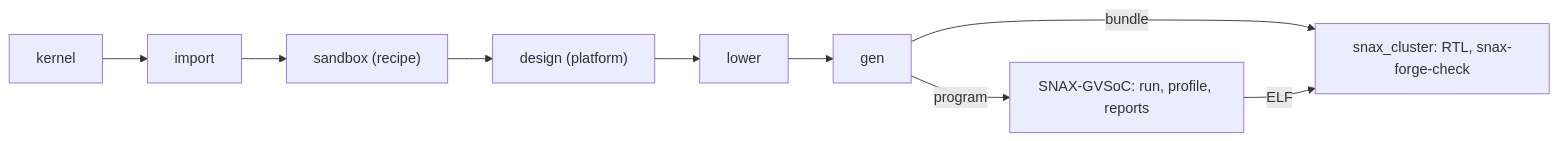
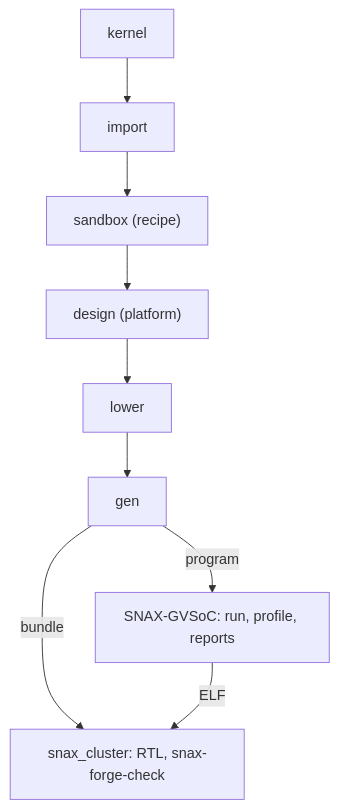
The diagram in README.md (KULeuven-MICAS/snax-forge), drawn with Mermaid before and after one commit. The commit also changed 1 other file, not shown here.

Commit message:
TOOL.md and README: the flow drawn top to bottom

````diff
--- a/README.md
+++ b/README.md
@@ -9,7 +9,7 @@
 ```mermaid
-flowchart LR
+flowchart TD
   K[kernel] --> I[import] --> S["sandbox (recipe)"] --> D["design (platform)"] --> L[lower] --> G[gen]
   G -- program --> V["SNAX-GVSoC: run, profile, reports"]
   G -- bundle --> C["snax_cluster: RTL, snax-forge-check"]
   V -- ELF --> C
 ```
````
